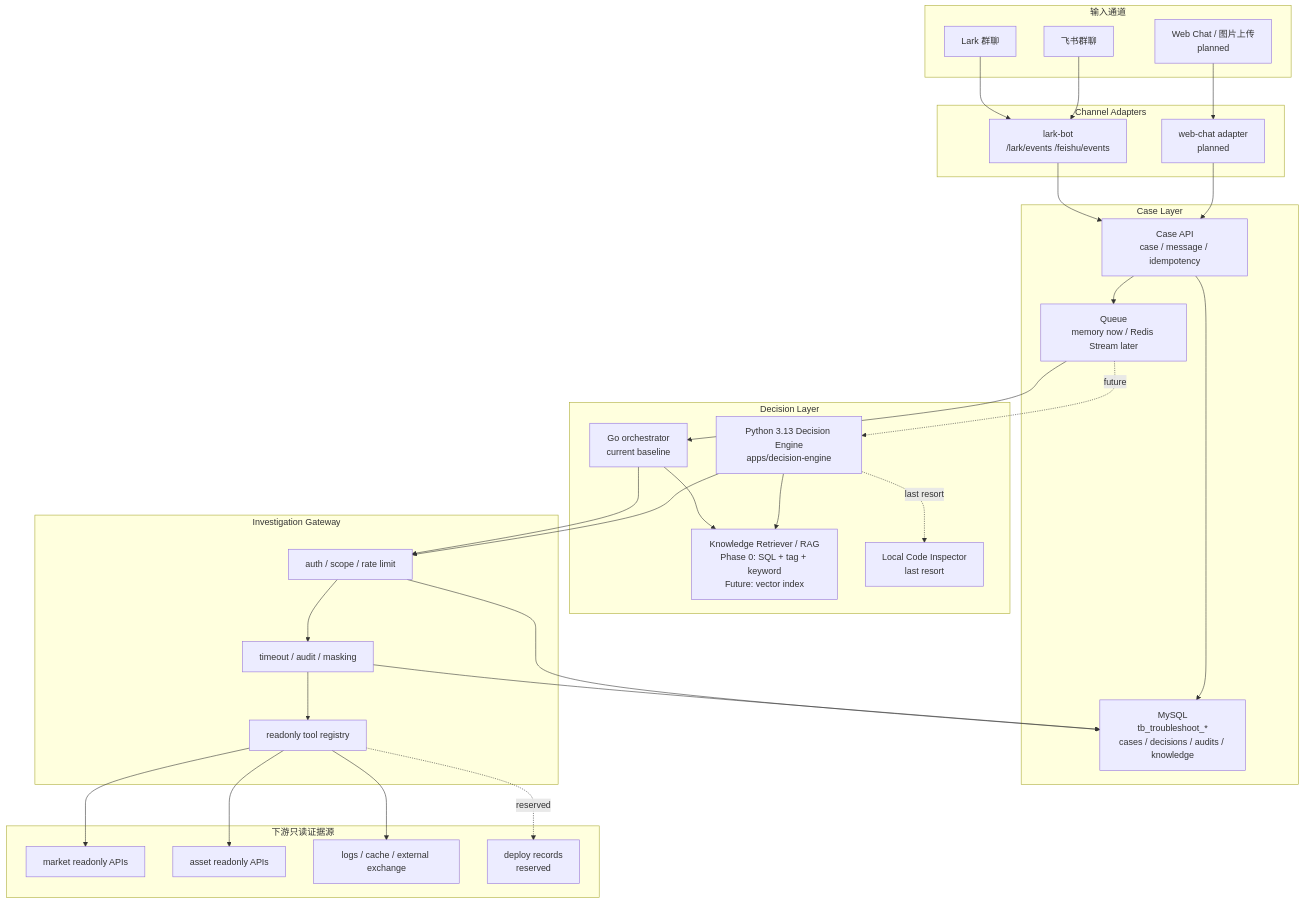
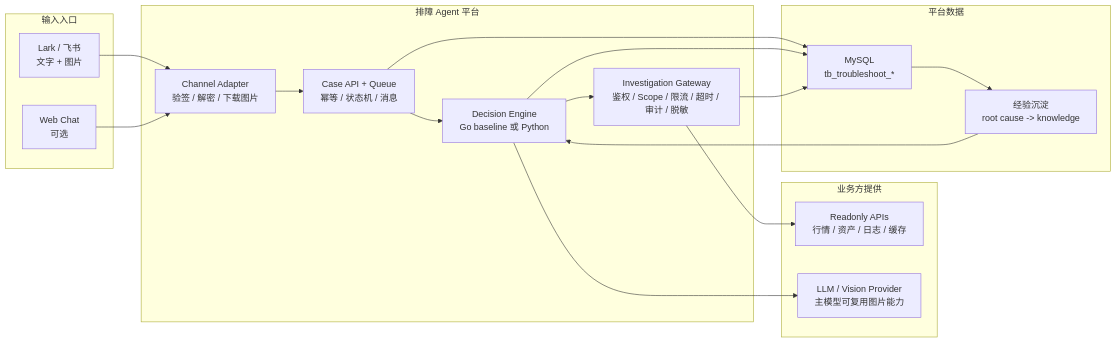
One commit to Nankis/ai-troubleshooter changed the first of 2 diagrams in README.md. Above: the diagram before and after it, drawn with Mermaid. The commit also changed other lines of this file and 1 other file, not shown here.

Commit message:
Simplify architecture diagrams

````diff
--- a/README.md
+++ b/README.md
@@ -93,62 +93,37 @@
 ```mermaid
-flowchart TB
-  subgraph Inputs["输入通道"]
-    Lark["Lark 群聊"]
-    Feishu["飞书群聊"]
-    Web["Web Chat / 图片上传<br/>planned"]
+flowchart LR
+  subgraph Entry["输入入口"]
+    Chat["Lark / 飞书<br/>文字 + 图片"]
+    Web["Web Chat<br/>可选"]
   end
 
-  subgraph Intake["Channel Adapters"]
-    LarkBot["lark-bot<br/>/lark/events /feishu/events"]
-    WebAdapter["web-chat adapter<br/>planned"]
+  subgraph Agent["排障 Agent 平台"]
+    Intake["Channel Adapter<br/>验签 / 解密 / 下载图片"]
+    Case["Case API + Queue<br/>幂等 / 状态机 / 消息"]
+    Brain["Decision Engine<br/>Go baseline 或 Python"]
+    Gateway["Investigation Gateway<br/>鉴权 / Scope / 限流 / 超时 / 审计 / 脱敏"]
   end
 
-  subgraph CaseLayer["Case Layer"]
-    CaseAPI["Case API<br/>case / message / idempotency"]
-    Queue["Queue<br/>memory now / Redis Stream later"]
-    Store["MySQL<br/>tb_troubleshoot_*<br/>cases / decisions / audits / knowledge"]
+  subgraph Company["业务方提供"]
+    APIs["Readonly APIs<br/>行情 / 资产 / 日志 / 缓存"]
+    LLM["LLM / Vision Provider<br/>主模型可复用图片能力"]
   end
 
-  subgraph Brain["Decision Layer"]
-    GoOrch["Go orchestrator<br/>current baseline"]
-    PyEngine["Python 3.13 Decision Engine<br/>apps/decision-engine"]
-    Retriever["Knowledge Retriever / RAG<br/>Phase 0: SQL + tag + keyword<br/>Future: vector index"]
-    LocalCode["Local Code Inspector<br/>last resort"]
+  subgraph Data["平台数据"]
+    MySQL["MySQL<br/>tb_troubleshoot_*"]
+    Knowledge["经验沉淀<br/>root cause -> knowledge"]
   end
 
-  subgraph Gateway["Investigation Gateway"]
-    Policy["auth / scope / rate limit"]
-    Audit["timeout / audit / masking"]
-    Registry["readonly tool registry"]
-  end
-
-  subgraph Downstream["下游只读证据源"]
-    Market["market readonly APIs"]
-    Asset["asset readonly APIs"]
-    Logs["logs / cache / external exchange"]
-    Deploy["deploy records<br/>reserved"]
-  end
-
-  Lark --> LarkBot
-  Feishu --> LarkBot
-  Web --> WebAdapter
-  LarkBot --> CaseAPI
-  WebAdapter --> CaseAPI
-  CaseAPI --> Store
-  CaseAPI --> Queue
-  Queue --> GoOrch
-  Queue -. future .-> PyEngine
-  GoOrch --> Retriever
-  PyEngine --> Retriever
-  PyEngine -. last resort .-> LocalCode
-  GoOrch --> Policy
-  PyEngine --> Policy
-  Policy --> Audit
-  Audit --> Registry
-  Registry --> Market
-  Registry --> Asset
-  Registry --> Logs
-  Registry -. reserved .-> Deploy
-  Policy --> Store
-  Audit --> Store
+  Chat --> Intake
+  Web --> Intake
+  Intake --> Case
+  Case --> Brain
+  Brain --> LLM
+  Brain --> Gateway
+  Gateway --> APIs
+  Case --> MySQL
+  Brain --> MySQL
+  Gateway --> MySQL
+  MySQL --> Knowledge
+  Knowledge --> Brain
 ```
````
